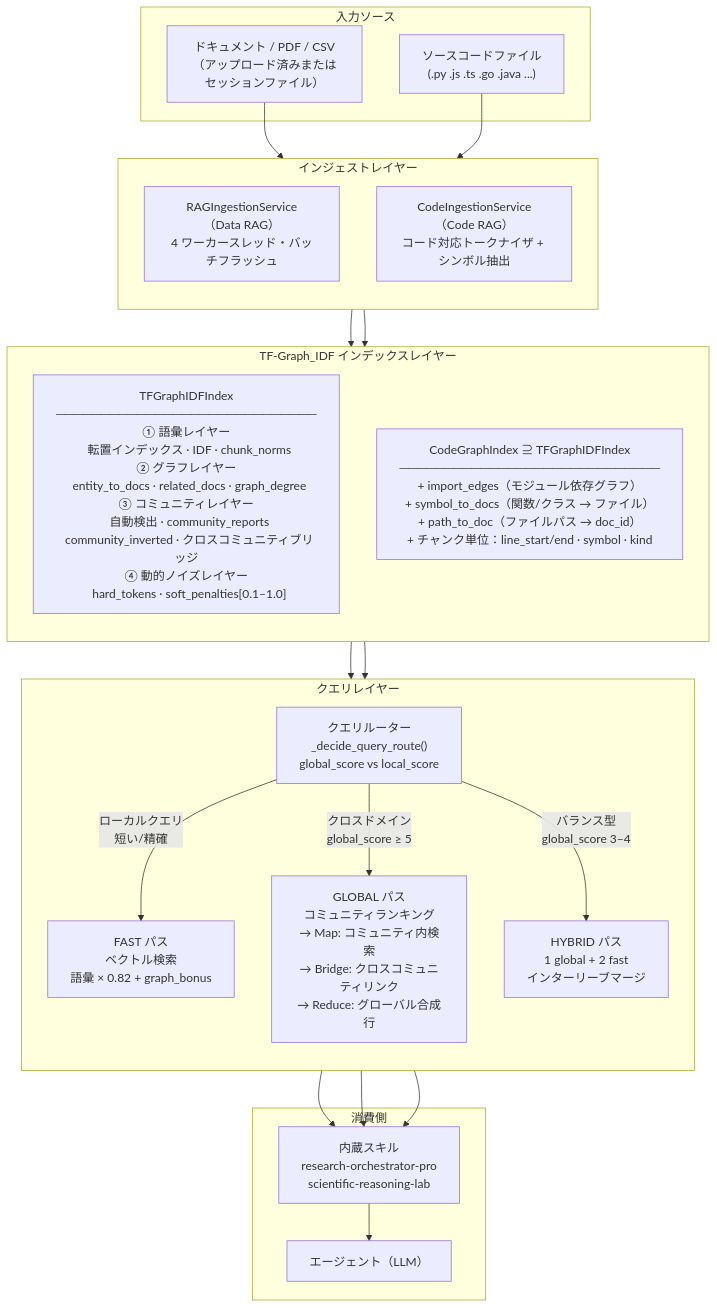
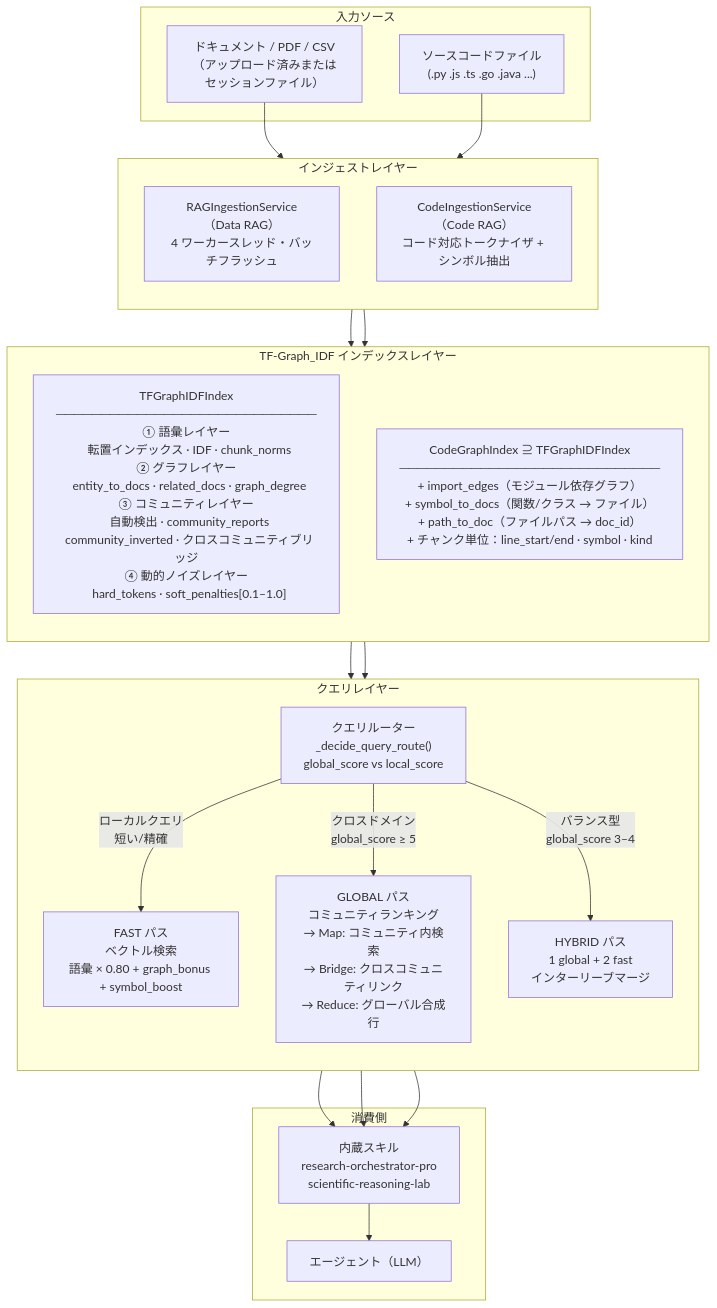
Before and after one commit to FonaTech/Clouds-Coder: diagram 12 of 17 in README-ja.md, drawn with Mermaid. The commit also changed other lines of this file and 17 other files, not shown here.

````diff
--- a/README-ja.md
+++ b/README-ja.md
@@ -752,40 +753,40 @@
 ```mermaid
 flowchart TB
   subgraph INPUT["入力ソース"]
     D["ドキュメント / PDF / CSV<br/>（アップロード済みまたはセッションファイル）"]
     C["ソースコードファイル<br/>(.py .js .ts .go .java ...)"]
   end
 
   subgraph INGEST["インジェストレイヤー"]
     direction TB
     RI["RAGIngestionService<br/>（Data RAG）<br/>4 ワーカースレッド・バッチフラッシュ"]
     CI["CodeIngestionService<br/>（Code RAG）<br/>コード対応トークナイザ + シンボル抽出"]
   end
 
   subgraph INDEX["TF-Graph_IDF インデックスレイヤー"]
     direction TB
     TGI["TFGraphIDFIndex<br/>─────────────────────────────<br/>① 語彙レイヤー<br/>  転置インデックス · IDF · chunk_norms<br/>② グラフレイヤー<br/>  entity_to_docs · related_docs · graph_degree<br/>③ コミュニティレイヤー<br/>  自動検出 · community_reports<br/>  community_inverted · クロスコミュニティブリッジ<br/>④ 動的ノイズレイヤー<br/>  hard_tokens · soft_penalties[0.1–1.0]"]
     CGI["CodeGraphIndex ⊇ TFGraphIDFIndex<br/>─────────────────────────────<br/>+ import_edges（モジュール依存グラフ）<br/>+ symbol_to_docs（関数/クラス → ファイル）<br/>+ path_to_doc（ファイルパス → doc_id）<br/>+ チャンク単位：line_start/end · symbol · kind"]
   end
 
   subgraph QUERY["クエリレイヤー"]
     direction TB
     QR["クエリルーター<br/>_decide_query_route()<br/>global_score vs local_score"]
-    F["FAST パス<br/>ベクトル検索<br/>語彙 × 0.82 + graph_bonus"]
+    F["FAST パス<br/>ベクトル検索<br/>語彙 × 0.80 + graph_bonus + symbol_boost"]
     G["GLOBAL パス<br/>コミュニティランキング<br/>→ Map: コミュニティ内検索<br/>→ Bridge: クロスコミュニティリンク<br/>→ Reduce: グローバル合成行"]
     H["HYBRID パス<br/>1 global + 2 fast<br/>インターリーブマージ"]
   end
 
   subgraph OUT["消費側"]
     SK["内蔵スキル<br/>research-orchestrator-pro<br/>scientific-reasoning-lab"]
     AG["エージェント（LLM）"]
   end
 
   D --> RI --> TGI
   C --> CI --> CGI
   TGI & CGI --> QR
   QR -->|"ローカルクエリ<br/>短い/精確"| F
   QR -->|"クロスドメイン<br/>global_score ≥ 5"| G
   QR -->|"バランス型<br/>global_score 3–4"| H
   F & G & H --> SK --> AG
 ```
````
